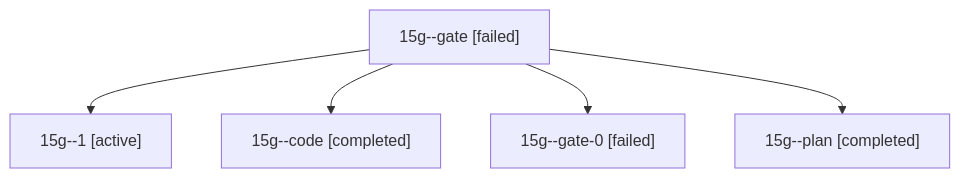
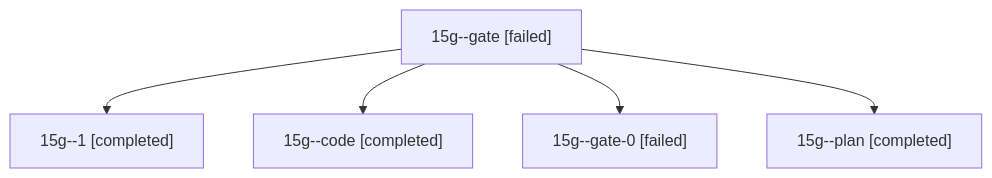
The diagram in sessions/bbugyi200.athena.15g.md (bobs-org/bob-cli--agents), drawn with Mermaid before and after one commit. The commit also changed other lines of this file and 34 other files, not shown here.

````diff
--- a/sessions/bbugyi200.athena.15g.md
+++ b/sessions/bbugyi200.athena.15g.md
@@ -9,12 +9,12 @@
 ```mermaid
 flowchart TD
   n0["15g--gate [failed]"]
-  n1["15g--1 [active]"]
+  n1["15g--1 [completed]"]
   n0 --> n1
   n2["15g--code [completed]"]
   n0 --> n2
   n3["15g--gate-0 [failed]"]
   n0 --> n3
   n4["15g--plan [completed]"]
   n0 --> n4
 ```
````
